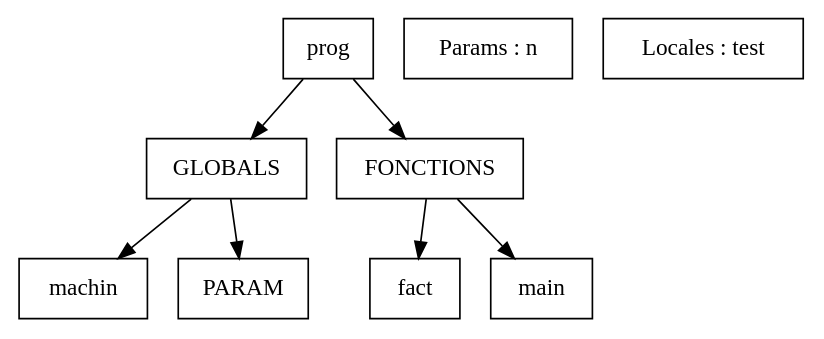
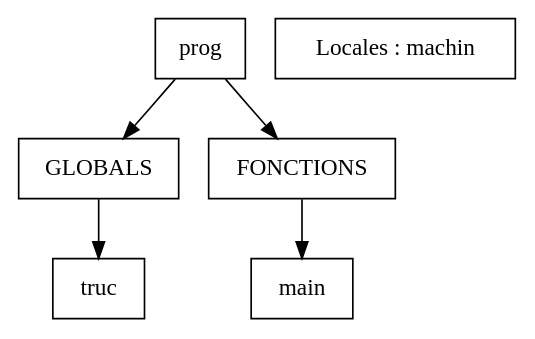
The diagram in ArbreSyntaxeAbstr.dot (PhamAlexT/Compilateur-MiniC), drawn with Graphviz before and after one commit. The commit also changed 3 other files, not shown here.

```diff
--- a/ArbreSyntaxeAbstr.dot
+++ b/ArbreSyntaxeAbstr.dot
@@ -1,19 +1,14 @@
 digraph G {
     node [shape=box];
     ratio = fill;
     nt0 [ label="prog" ]; 
 nt0 -> nt1 [ label="" ];
 nt1 [label= " GLOBALS "];
-nt2 [label=" machin "]
+nt2 [label=" truc "]
  nt1 -> nt2 [ label="" ];
-nt3 [label=" PARAM "]
- nt1 -> nt3 [ label="" ];
-nt0 -> nt4  [ label="" ];
-nt4 [label="FONCTIONS "];
-nt4 ->nt5 [ label="" ];
-nt5 [label= " fact "];
-nt6 [label= " Params : n "];
-nt4 ->nt10 [ label="" ];
-nt10 [label= " main "];
-nt11 [label= " Locales : test "];
+nt0 -> nt3  [ label="" ];
+nt3 [label="FONCTIONS "];
+nt3 ->nt4 [ label="" ];
+nt4 [label= " main "];
+nt5 [label= " Locales : machin "];
 }
```
